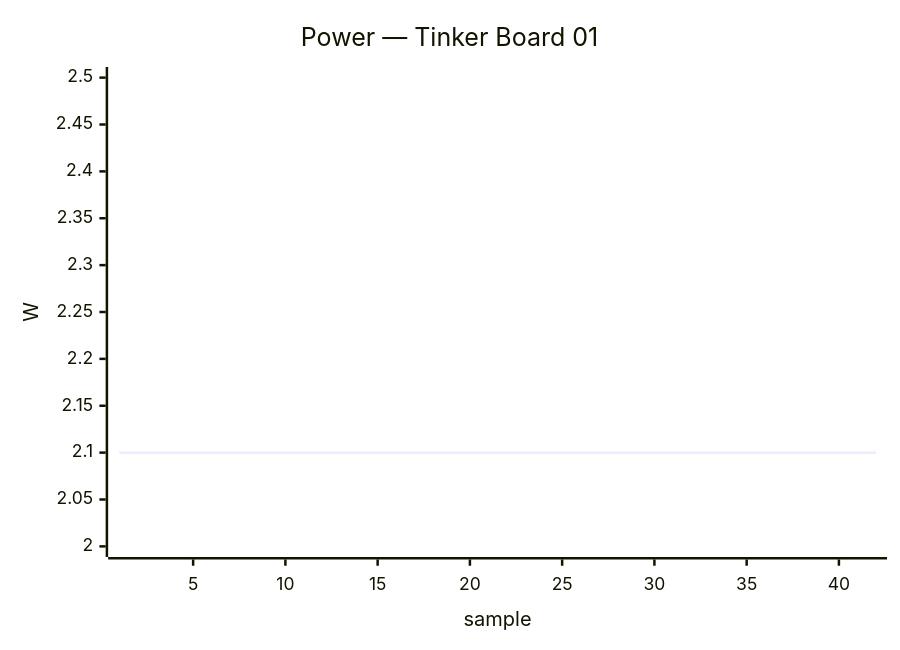
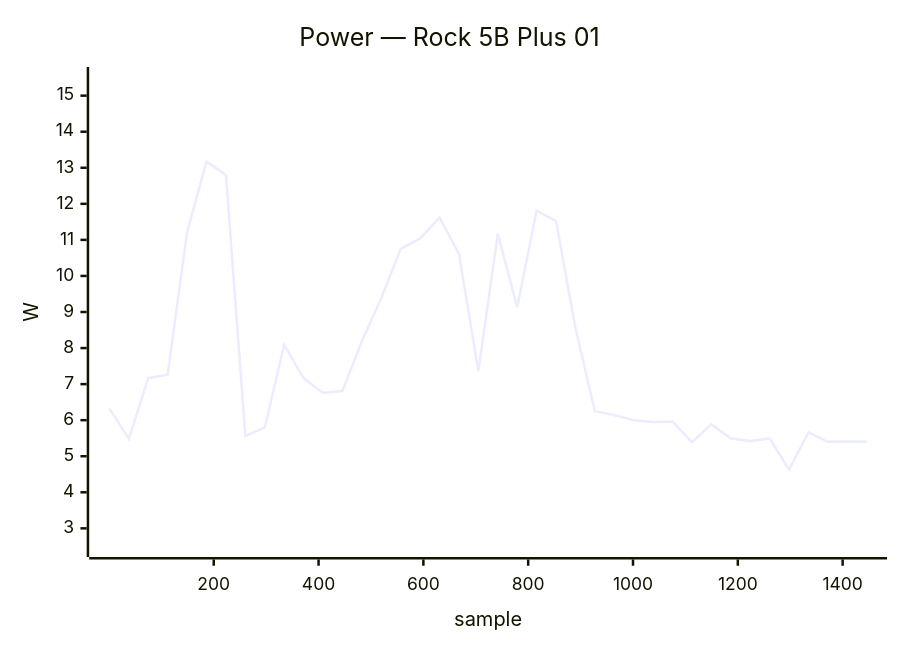
Before and after one commit to armbian/documentation: the fifth of 38 diagrams in docs/status/board-tests.md, drawn with Mermaid. The commit also changed other lines of this file, not shown here.

````diff
--- a/docs/status/board-tests.md
+++ b/docs/status/board-tests.md
@@ -226,7 +285,7 @@
 ```mermaid
 xychart-beta
-    title "Power — Tinker Board 01"
-    x-axis "sample" 1 --> 42
-    y-axis "W" 2.0 --> 2.5
-    line [2.10, 2.10, 2.10, 2.10, 2.10, 2.10, 2.10, 2.10, 2.10, 2.10, 2.10, 2.10, 2.10, 2.10, 2.10, 2.10, 2.10, 2.10, 2.10, 2.10, 2.10, 2.10, 2.10, 2.10, 2.10, 2.10, 2.10, 2.10, 2.10, 2.10, 2.10, 2.10, 2.10, 2.10, 2.10, 2.10, 2.10, 2.10, 2.10, 2.10]
+    title "Power — Rock 5B Plus 01"
+    x-axis "sample" 1 --> 1446
+    y-axis "W" 2.5 --> 15.5
+    line [6.32, 5.48, 7.17, 7.26, 11.22, 13.17, 12.80, 5.56, 5.80, 8.09, 7.16, 6.76, 6.81, 8.19, 9.39, 10.75, 11.04, 11.62, 10.61, 7.36, 11.17, 9.13, 11.81, 11.52, 8.55, 6.25, 6.14, 6.00, 5.95, 5.96, 5.39, 5.89, 5.49, 5.42, 5.49, 4.63, 5.66, 5.40, 5.41, 5.40]
 ```
````
